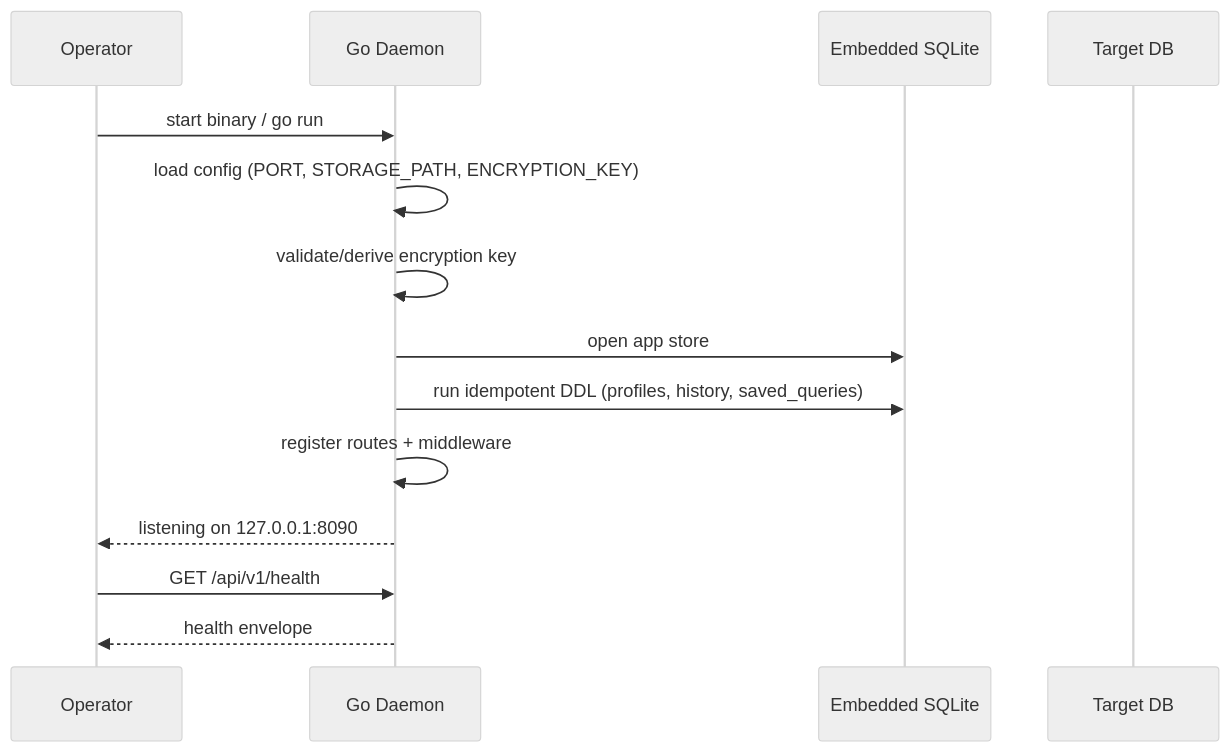
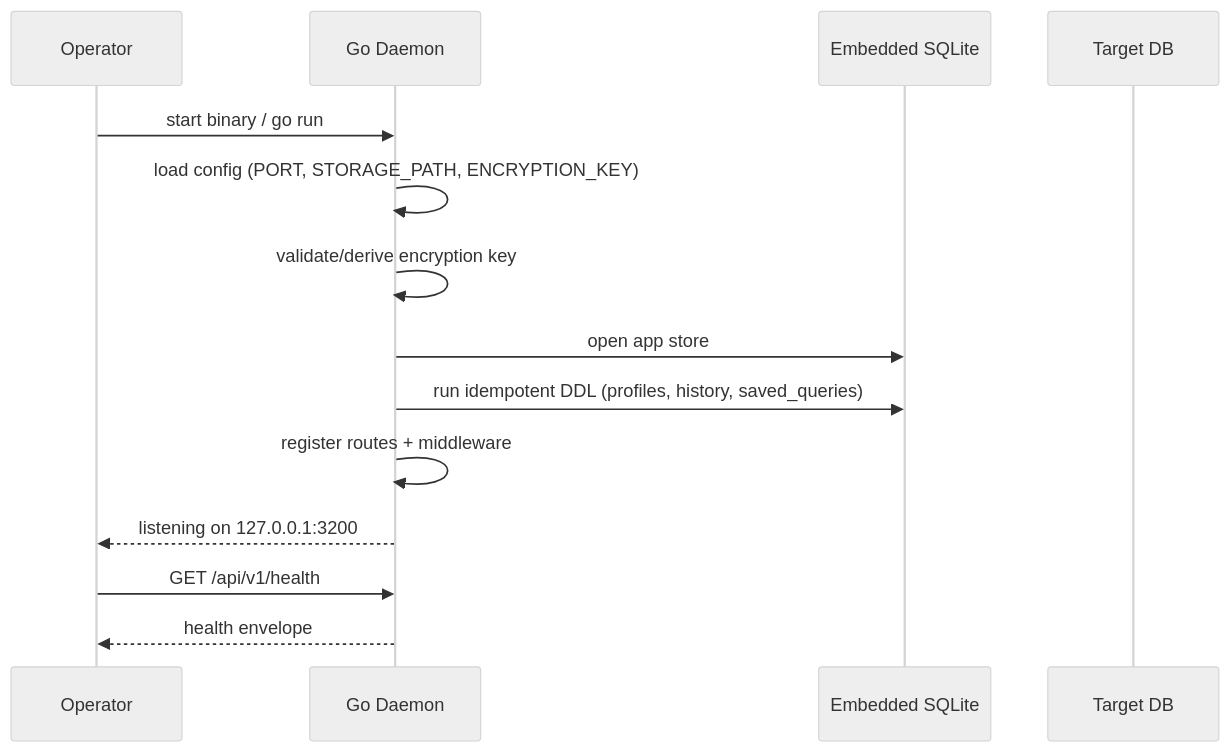
Before and after one commit to alfiannuha/DataDeck: the second of 6 diagrams in docs/architecture.md, drawn with Mermaid (neutral theme). The commit also changed other lines of this file and 22 other files, not shown here.

````diff
--- a/docs/architecture.md
+++ b/docs/architecture.md
@@ -232,17 +232,17 @@
 ```mermaid
 sequenceDiagram
     participant OP as Operator
     participant BE as Go Daemon
     participant DB as Embedded SQLite
     participant TGT as Target DB
 
     OP->>BE: start binary / go run
     BE->>BE: load config (PORT, STORAGE_PATH, ENCRYPTION_KEY)
     BE->>BE: validate/derive encryption key
     BE->>DB: open app store
     BE->>DB: run idempotent DDL (profiles, history, saved_queries)
     BE->>BE: register routes + middleware
-    BE-->>OP: listening on 127.0.0.1:8090
+    BE-->>OP: listening on 127.0.0.1:3200
     OP->>BE: GET /api/v1/health
     BE-->>OP: health envelope
 ```
````
